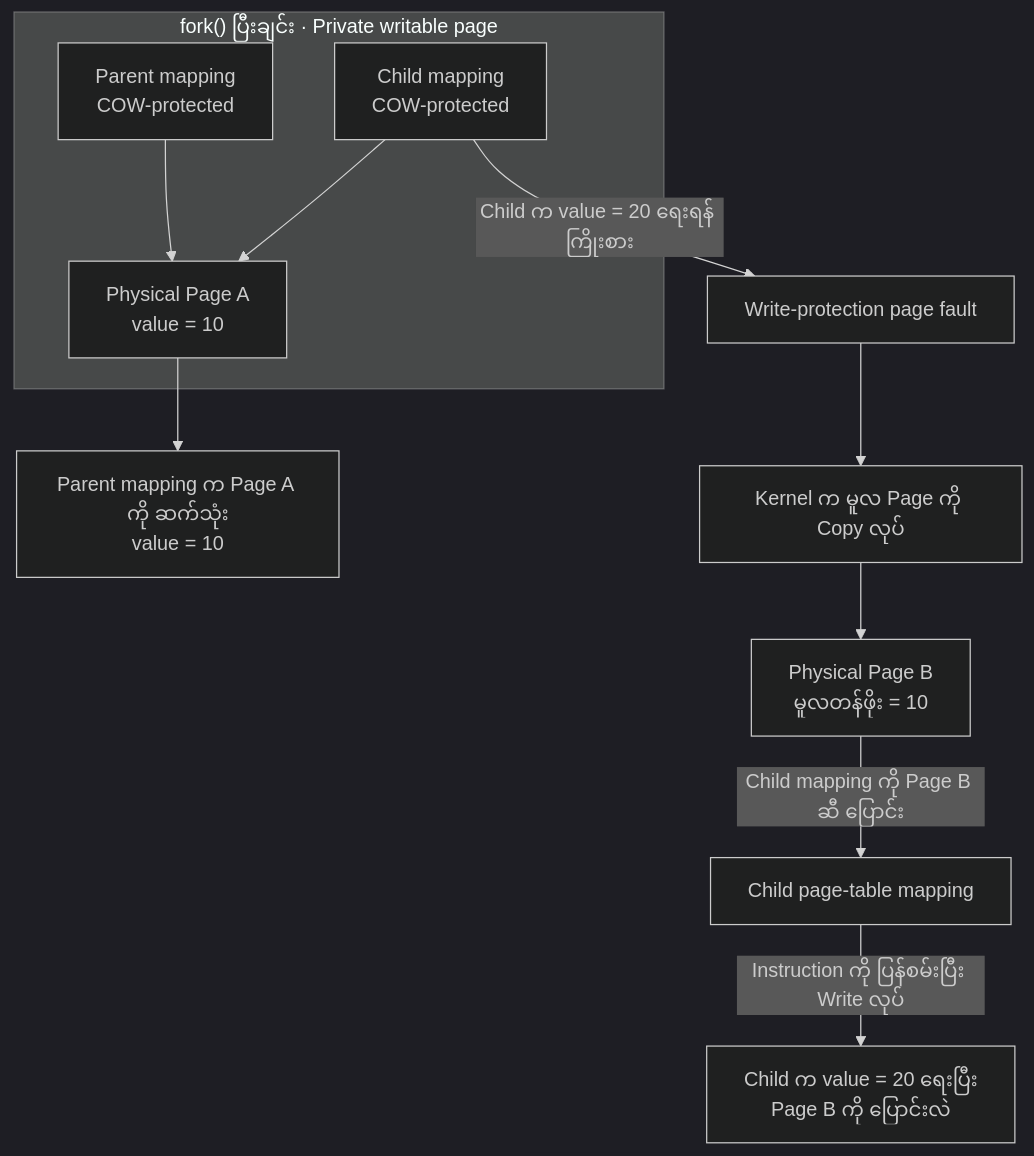
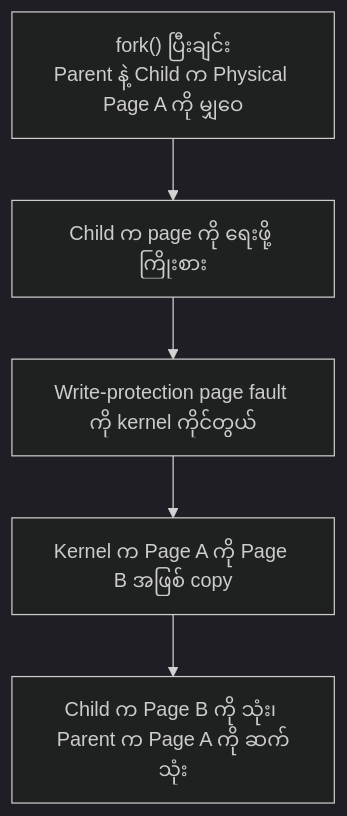
One commit to yul1ux/linux-containers-under-the-hood changed the fifth of 9 diagrams in docs/part-01-fundamentals/chapter-02-linux-processes-and-system-calls.md. Above: the diagram before and after it, drawn with Mermaid (dark theme). The commit also changed other lines of this file, not shown here.

````diff
--- a/docs/part-01-fundamentals/chapter-02-linux-processes-and-system-calls.md
+++ b/docs/part-01-fundamentals/chapter-02-linux-processes-and-system-calls.md
@@ -245,13 +156,7 @@
 ```mermaid
-flowchart TB
-    subgraph SHARED["fork() ပြီးချင်း · Private writable page"]
-        P["Parent mapping<br/>COW-protected"] --> PAGE_A["Physical Page A<br/>value = 10"]
-        C["Child mapping<br/>COW-protected"] --> PAGE_A
-    end
-    C -->|"Child က value = 20 ရေးရန် ကြိုးစား"| FAULT["Write-protection page fault"]
-    FAULT --> COPY["Kernel က မူလ Page ကို Copy လုပ်"]
-    COPY --> PAGE_B["Physical Page B<br/>မူလတန်ဖိုး = 10"]
-    PAGE_B -->|"Child mapping ကို Page B ဆီ ပြောင်း"| CHILD_MAP["Child page-table mapping"]
-    CHILD_MAP -->|"Instruction ကို ပြန်စမ်းပြီး Write လုပ်"| WRITE["Child က value = 20 ရေးပြီး<br/>Page B ကို ပြောင်းလဲ"]
-    PAGE_A --> PARENT_OLD["Parent mapping က Page A ကို ဆက်သုံး<br/>value = 10"]
+flowchart TD
+  A["fork() ပြီးချင်း<br/>Parent နဲ့ Child က Physical Page A ကို မျှဝေ"] --> B["Child က page ကို ရေးဖို့ ကြိုးစား"]
+  B --> C["Write-protection page fault ကို kernel ကိုင်တွယ်"]
+  C --> D["Kernel က Page A ကို Page B အဖြစ် copy"]
+  D --> E["Child က Page B ကို သုံး၊ Parent က Page A ကို ဆက်သုံး"]
 ```
````
